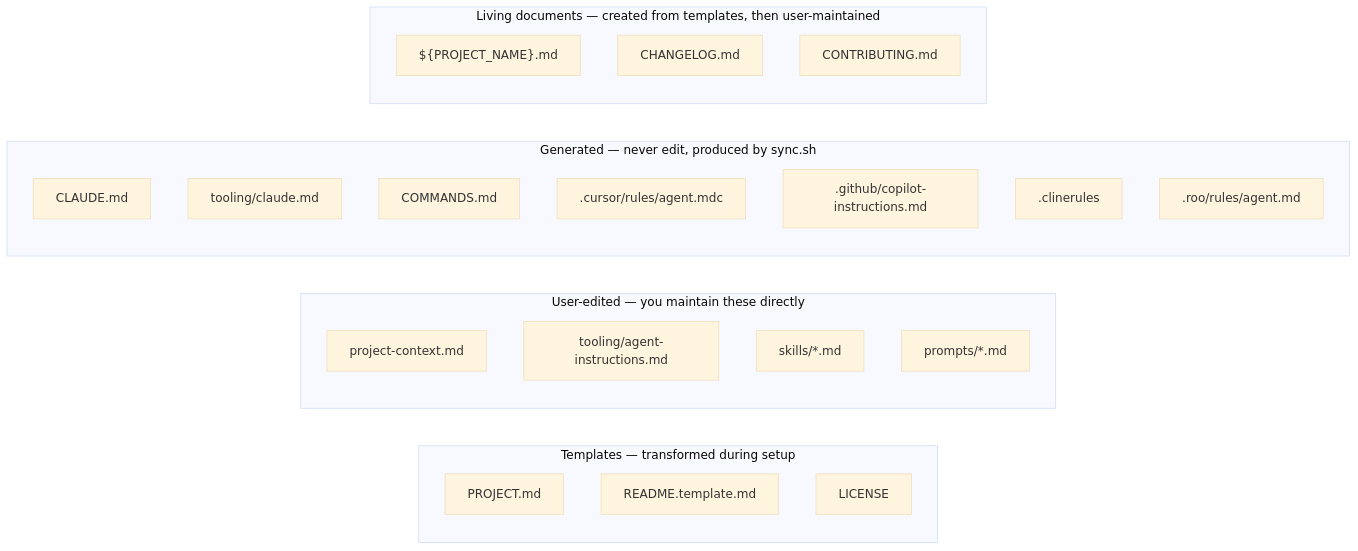
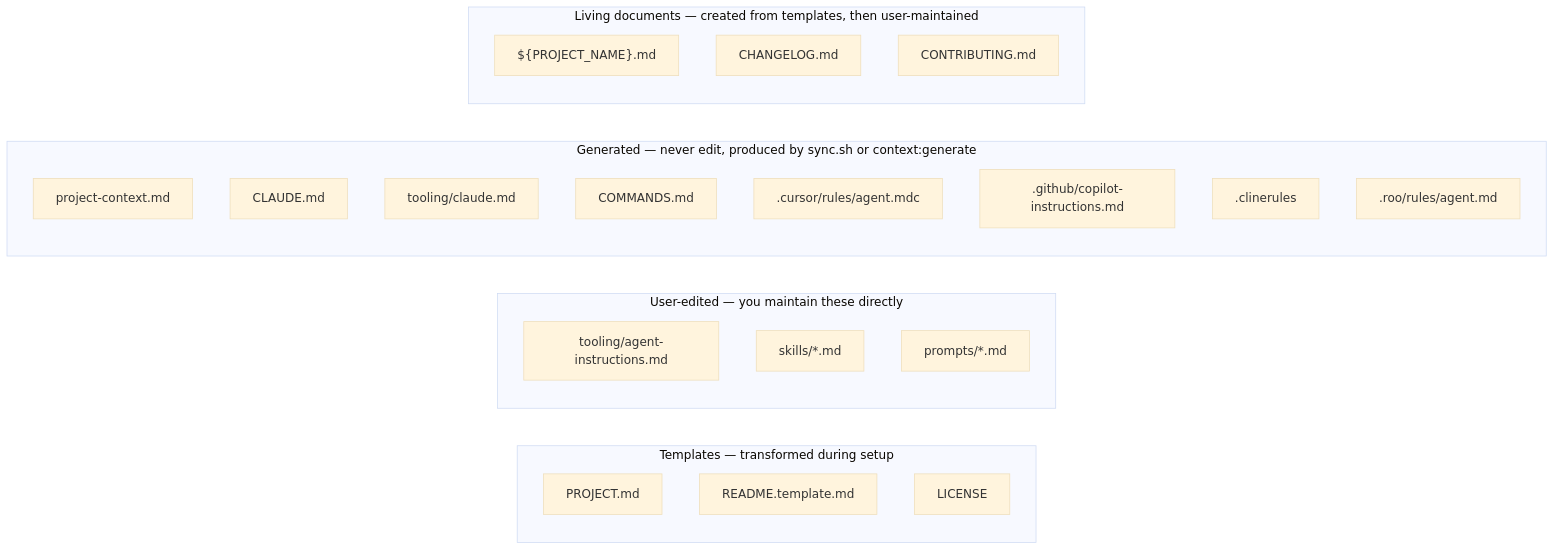
Before and after one commit to joselvelez/project_scaffold: the first of 3 diagrams in README.md, drawn with Mermaid (base theme). The commit also changed other lines of this file and 12 other files, not shown here.

````diff
--- a/README.md
+++ b/README.md
@@ -69,31 +69,31 @@
 ```mermaid
 graph LR
     subgraph Templates["Templates — transformed during setup"]
         PROJECT.md
         README.template.md
         LICENSE
     end
 
     subgraph UserEdited["User-edited — you maintain these directly"]
-        project-context.md
         tooling/agent-instructions.md
         skills/*.md
         prompts/*.md
     end
 
-    subgraph Generated["Generated — never edit, produced by sync.sh"]
+    subgraph Generated["Generated — never edit, produced by sync.sh or context:generate"]
+        project-context.md
         CLAUDE.md
         tooling/claude.md
         COMMANDS.md
         .cursor/rules/agent.mdc
         .github/copilot-instructions.md
         .clinerules
         .roo/rules/agent.md
     end
 
     subgraph Living["Living documents — created from templates, then user-maintained"]
         YourProject.md["${PROJECT_NAME}.md"]
         CHANGELOG.md
         CONTRIBUTING.md
     end
 ```
````
